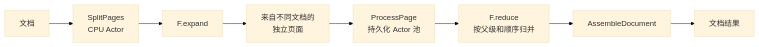
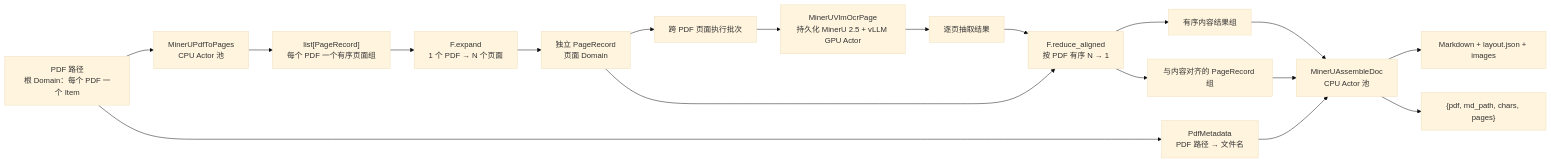
Before and after one commit to OpenDCAI/RayOrch: the fourth of 4 diagrams in README-zh.md, drawn with Mermaid (base theme). The commit also changed other lines of this file and 1 other file, not shown here.

````diff
--- a/README-zh.md
+++ b/README-zh.md
@@ -55,10 +242,23 @@
 ```mermaid
 flowchart LR
-    Documents["文档"] --> Split["SplitPages<br/>CPU Actor"]
-    Split --> Expand["F.expand"]
-    Expand --> Pages["来自不同文档的<br/>独立页面"]
-    Pages --> Model["ProcessPage<br/>持久化 Actor 池"]
-    Model --> Reduce["F.reduce<br/>按父级和顺序归并"]
-    Reduce --> Assemble["AssembleDocument"]
-    Assemble --> Results["文档结果"]
+    PDFs["PDF 路径<br/>根 Domain：每个 PDF 一个 Item"] --> Render["MinerUPdfToPages<br/>CPU Actor 池"]
+    PDFs --> Metadata["PdfMetadata<br/>PDF 路径 → 文件名"]
+
+    Render --> PageGroups["list[PageRecord]<br/>每个 PDF 一个有序页面组"]
+    PageGroups --> Expand["F.expand<br/>1 个 PDF → N 个页面"]
+    Expand --> ReadyPages["独立 PageRecord<br/>页面 Domain"]
+    ReadyPages --> OCRBatch["跨 PDF 页面执行批次"]
+    OCRBatch --> OCR["MinerUVlmOcrPage<br/>持久化 MinerU 2.5 + vLLM GPU Actor"]
+    OCR --> Contents["逐页抽取结果"]
+
+    Contents --> Reduce["F.reduce_aligned<br/>按 PDF 有序 N → 1"]
+    ReadyPages --> Reduce
+    Reduce --> ContentGroups["有序内容结果组"]
+    Reduce --> OrderedPages["与内容对齐的 PageRecord 组"]
+
+    ContentGroups --> Assemble["MinerUAssembleDoc<br/>CPU Actor 池"]
+    OrderedPages --> Assemble
+    Metadata --> Assemble
+    Assemble --> Files["Markdown + layout.json + images"]
+    Assemble --> Summary["{pdf, md_path, chars, pages}"]
 ```
````
